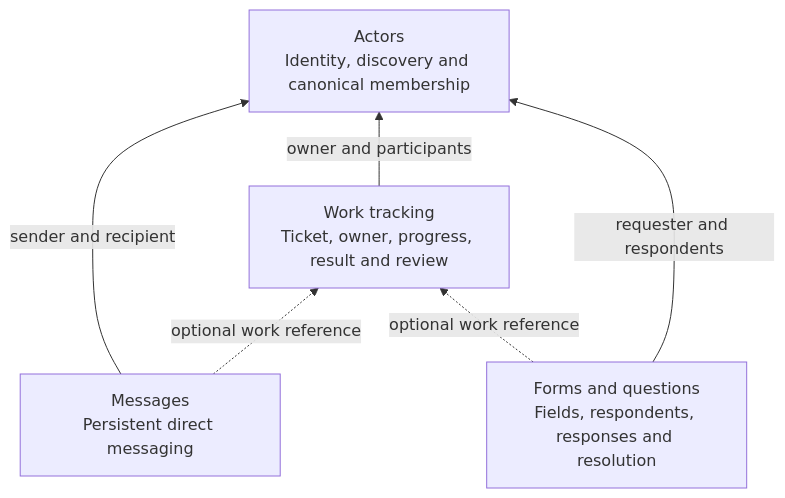
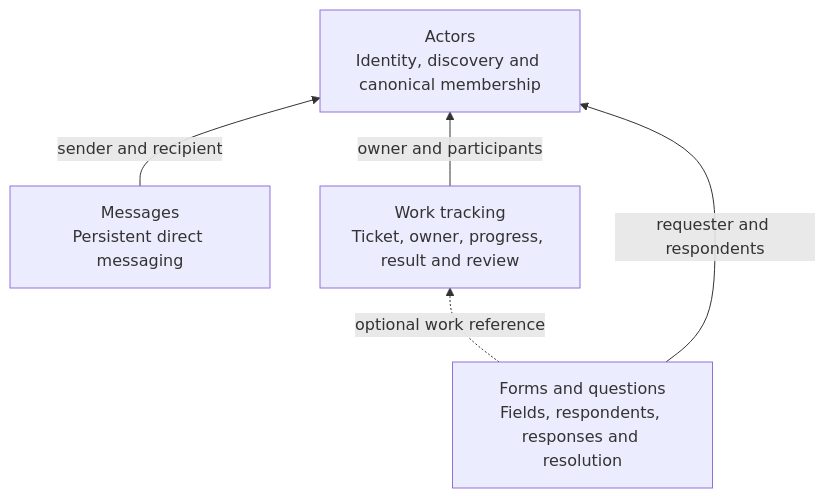
The first of 2 diagrams in docs/design.md (uniac-ai/AgenticWorkspace), drawn with Mermaid before and after one commit. The commit also changed other lines of this file and 21 other files, not shown here.

````diff
--- a/docs/design.md
+++ b/docs/design.md
@@ -9,12 +9,11 @@
 ```mermaid
 flowchart BT
     A["Actors<br/>Identity, discovery and canonical membership"]
     M["Messages<br/>Persistent direct messaging"]
     T["Work tracking<br/>Ticket, owner, progress, result and review"]
     F["Forms and questions<br/>Fields, respondents, responses and resolution"]
     F -.->|"optional work reference"| T
     M -->|"sender and recipient"| A
     T -->|"owner and participants"| A
     F -->|"requester and respondents"| A
-    M -.->|"optional work reference"| T
 ```
````
